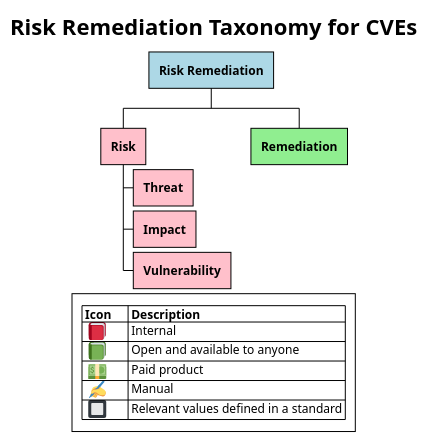
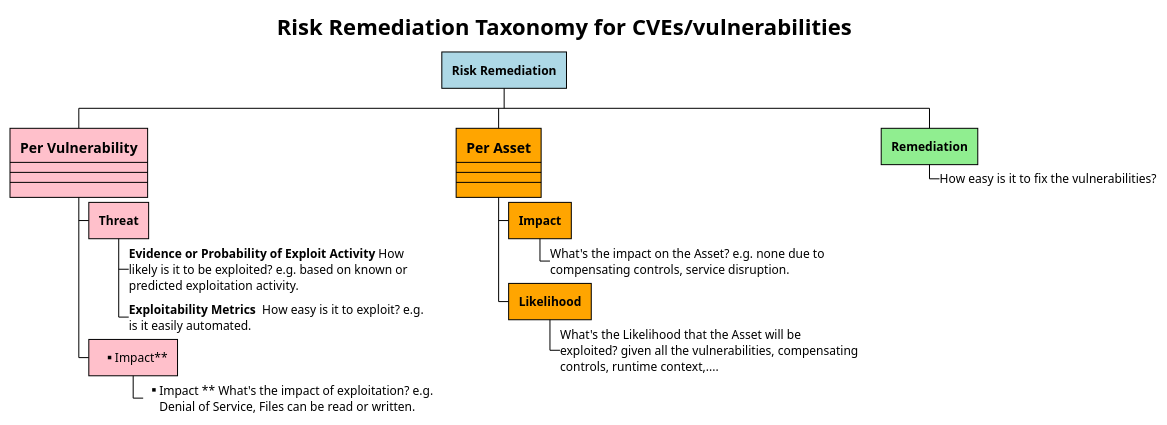
Before and after one commit to theparanoids/PrioritizedRiskRemediation: the diagram in imagesAsCode/RiskRemediation_top.puml, drawn with PlantUML. The commit also changed 1 other file, not shown here.

Commit message:
add MITRE technical impact

```diff
--- a/imagesAsCode/RiskRemediation_top.puml
+++ b/imagesAsCode/RiskRemediation_top.puml
@@ -3,47 +3,58 @@
 @startwbs RiskRemediation_top
 !theme plain
 
 <style>
 wbsDiagram {
   .riskremediation {
       BackgroundColor lightblue
   }
   .risk {
       BackgroundColor pink
   }
+  .asset {
+      BackgroundColor orange
+  }
   .remediation {
       BackgroundColor lightgreen
   }
-  
 }
 
 </style>
 
-Title Risk Remediation Taxonomy for CVEs
+Title Risk Remediation Taxonomy for CVEs/vulnerabilities
 
 * **Risk Remediation** <<riskremediation>>
-** **Risk** <<risk>>
-*** **Threat** <<risk>>
+
+**[#pink]:==Per Vulnerability 
+----
+----
+----;
 
 
-*** **Impact** <<risk>>
+***[#pink] **Threat**
+****_ **Evidence or Probability of Exploit Activity** How likely is it to be exploited? e.g. based on known or predicted exploitation activity.
+****_ **Exploitability Metrics ** How easy is it to exploit? e.g. is it easily automated.
+
+***[#pink] ** Impact** 
+****_ ** Impact ** What's the impact of exploitation? e.g. Denial of Service, Files can be read or written.
 
 
-*** **Vulnerability** <<risk>>
+
+**[#orange]:==Per Asset 
+----
+----
+----;
+
+*** **Impact** <<asset>> 
+****_ What's the impact on the Asset? e.g. none due to compensating controls, service disruption.
+
+*** **Likelihood** <<asset>>
+****_ What's the Likelihood that the Asset will be exploited? given all the vulnerabilities, compensating controls, runtime context,....
 
 
 
 ** **Remediation** <<remediation>> 
-
-
-legend
-    |= Icon |= Description |
-    |  <:closed_book:>  | Internal |
-    |  <:green_book:>   | Open and available to anyone |
-    |  <:dollar:>       | Paid product  |
-    |  <:writing_hand:> | Manual |
-    |  <:black_square_button:> | Relevant values defined in a standard |
-endlegend
+***_ How easy is it to fix the vulnerabilities?
 
 
 @endwbs
```
